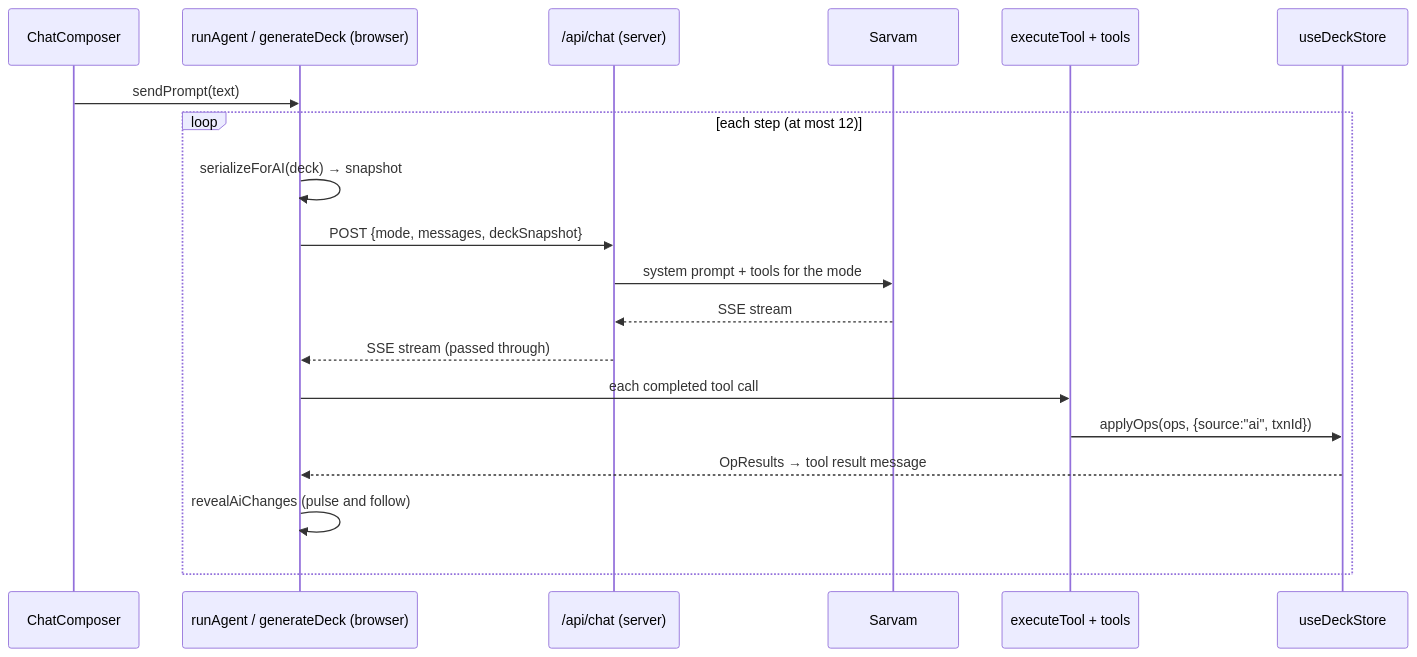
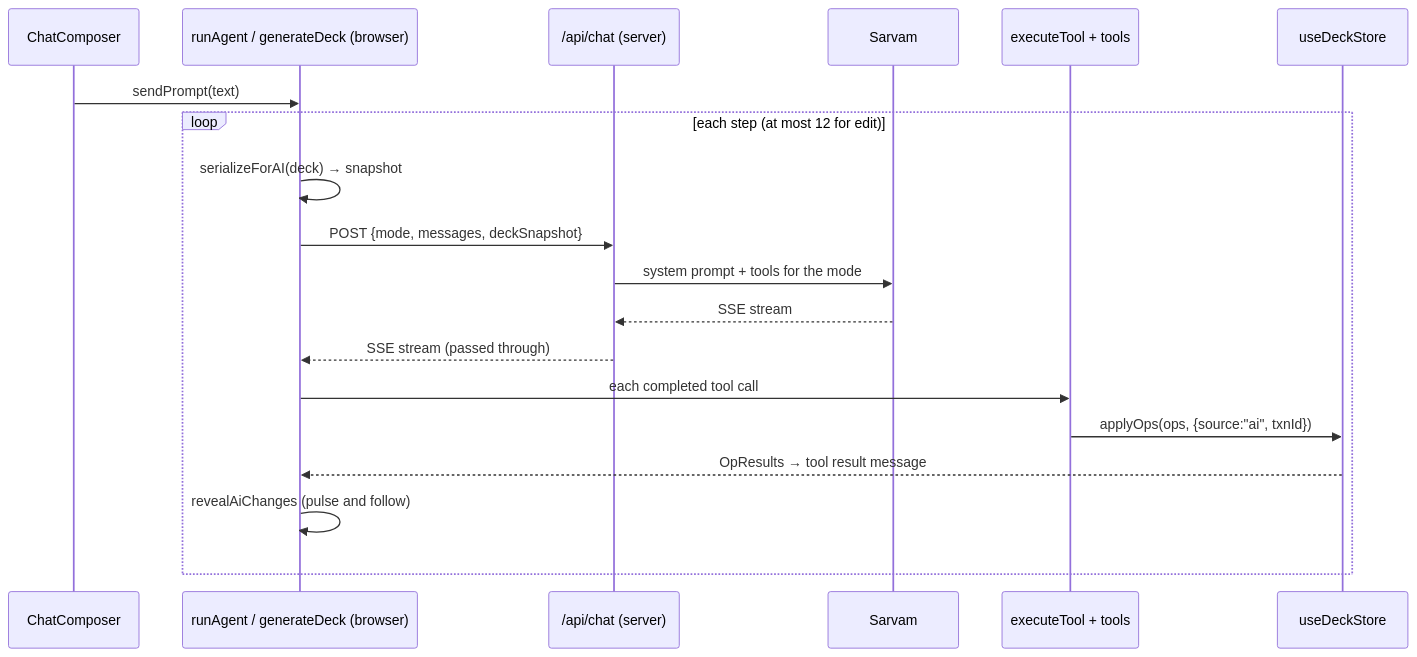
The second of 3 diagrams in docs/ARCHITECTURE.md (harishv98/ai-presentation-builder), drawn with Mermaid before and after one commit. The commit also changed other lines of this file and 66 other files, not shown here.

Commit message:
feat: refactor simplified streaming flows

````diff
--- a/docs/ARCHITECTURE.md
+++ b/docs/ARCHITECTURE.md
@@ -181,22 +63,22 @@
 ```mermaid
 sequenceDiagram
   participant U as ChatComposer
   participant A as runAgent / generateDeck (browser)
   participant API as /api/chat (server)
   participant S as Sarvam
   participant T as executeTool + tools
   participant D as useDeckStore
 
   U->>A: sendPrompt(text)
-  loop each step (at most 12)
+  loop each step (at most 12 for edit)
     A->>A: serializeForAI(deck) → snapshot
     A->>API: POST {mode, messages, deckSnapshot}
     API->>S: system prompt + tools for the mode
     S-->>API: SSE stream
     API-->>A: SSE stream (passed through)
     A->>T: each completed tool call
     T->>D: applyOps(ops, {source:"ai", txnId})
     D-->>A: OpResults → tool result message
     A->>A: revealAiChanges (pulse and follow)
   end
 ```
````
